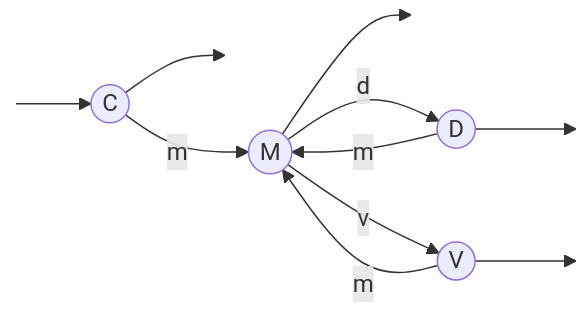
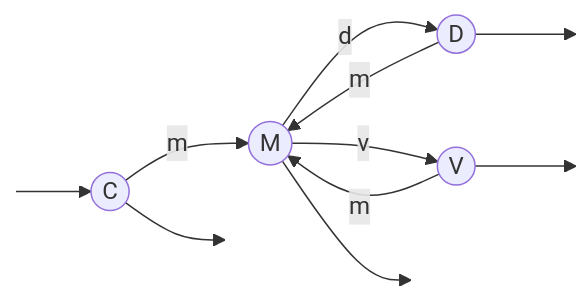
The first of 5 diagrams in README.md (avivi55/automates-finies), drawn with Mermaid before and after one commit. The commit also changed other lines of this file, not shown here.

````diff
--- a/README.md
+++ b/README.md
@@ -10,16 +10,29 @@
 ```mermaid
 graph LR
-    START[ ] --> C((C)) --> STOP[ ]
-    C --m--> M((M)) --> STOP2[ ]
-    M --d--> D((D)) --> STOP3[ ]
-    M --v--> V((V)) --> STOP4[ ]
+    C((C))
+    M((M))
+    D((D))
+    V((V)) 
+
+    START[ ] --> C 
+    C --> STOP[ ]
+    M --> STOP2[ ]
+    D --> STOP3[ ]
+    V--> STOP4[ ]
+
+
+
+    C --m--> M
+    M --d--> D
+    M --v--> V
     D --m--> M
     V --m--> M
+
 
 
     style START height:0px;
     style STOP  height:0px; 
     style STOP2 height:0px;
     style STOP3 height:0px;
     style STOP4 height:0px;
 ```
````
